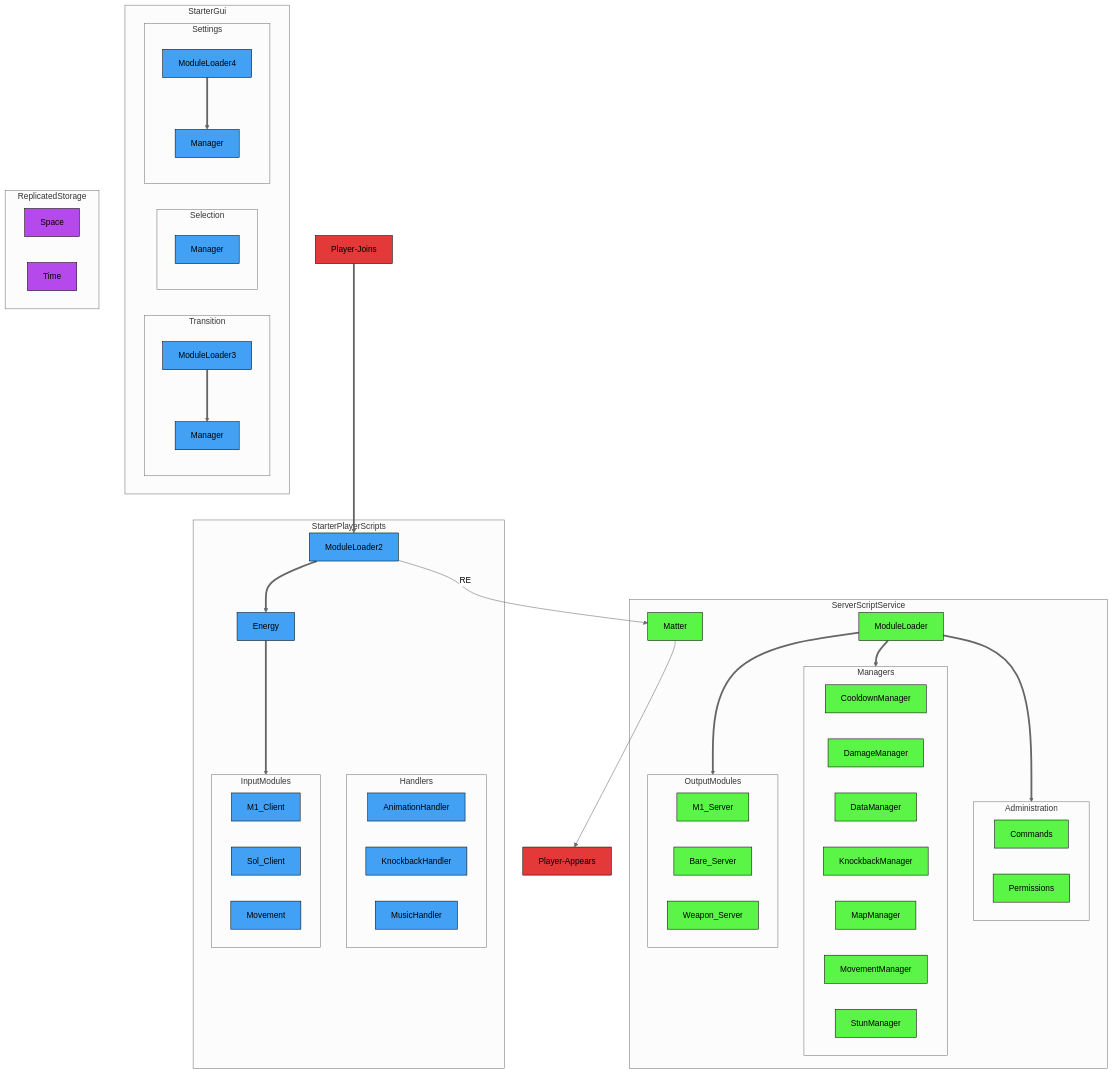
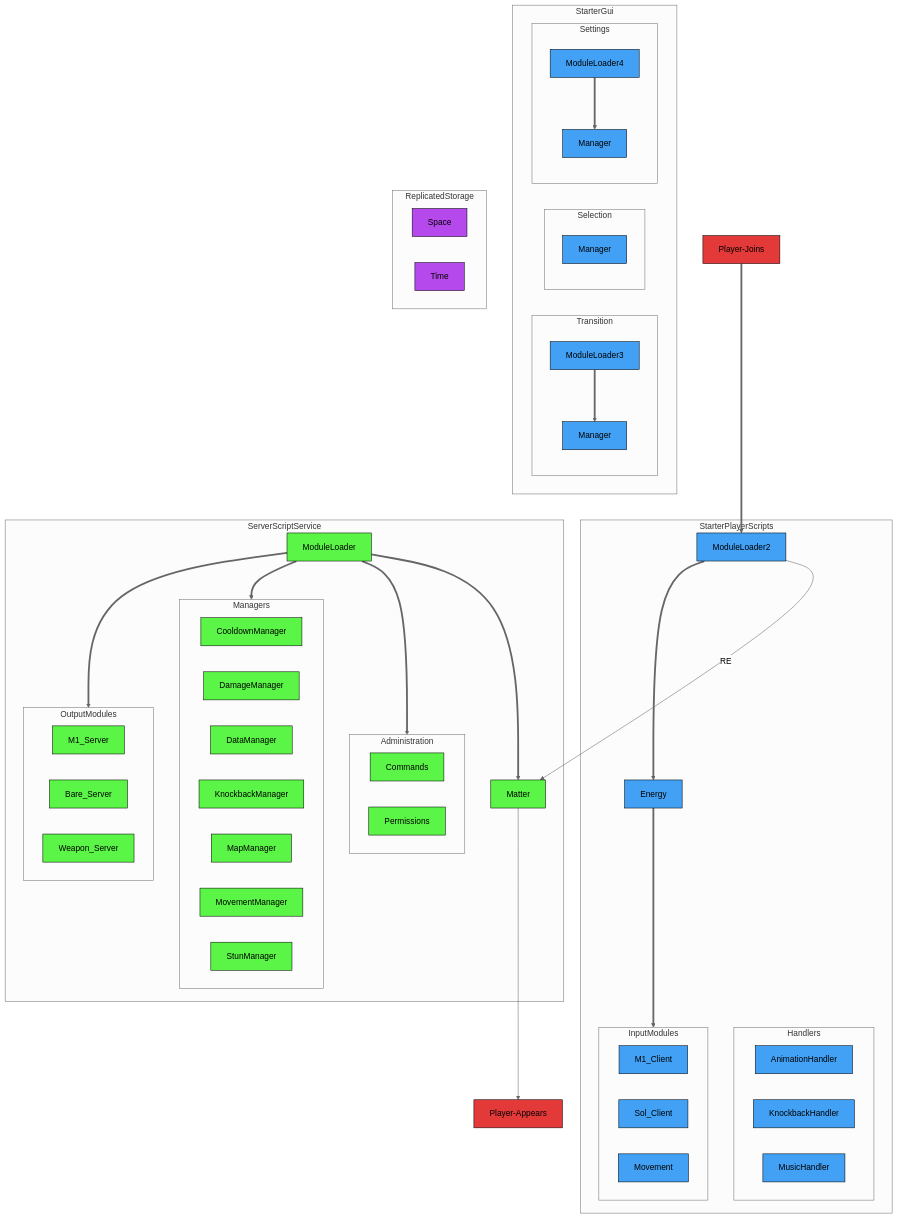
Before and after one commit to altair5607249/Crusaders-Game: the first of 3 diagrams in README.md, drawn with Mermaid (neutral theme).

```diff
--- a/README.md
+++ b/README.md
@@ -124,6 +124,7 @@
   ModuleLoader2-->|RE| Matter-->Player-Appears;
   ModuleLoader2==>Energy==>InputModules;
 
+  ModuleLoader==>Matter;
   ModuleLoader==>Administration;
   ModuleLoader==>Managers;
   ModuleLoader==>OutputModules;
```
